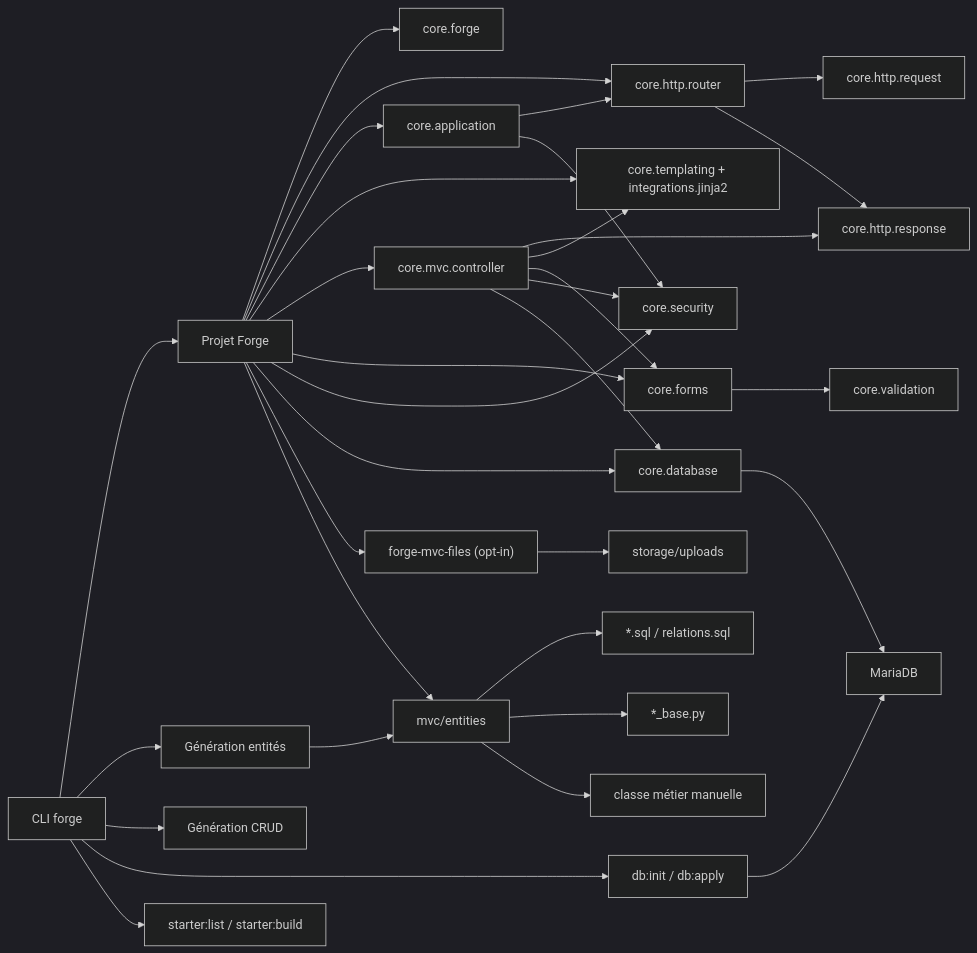
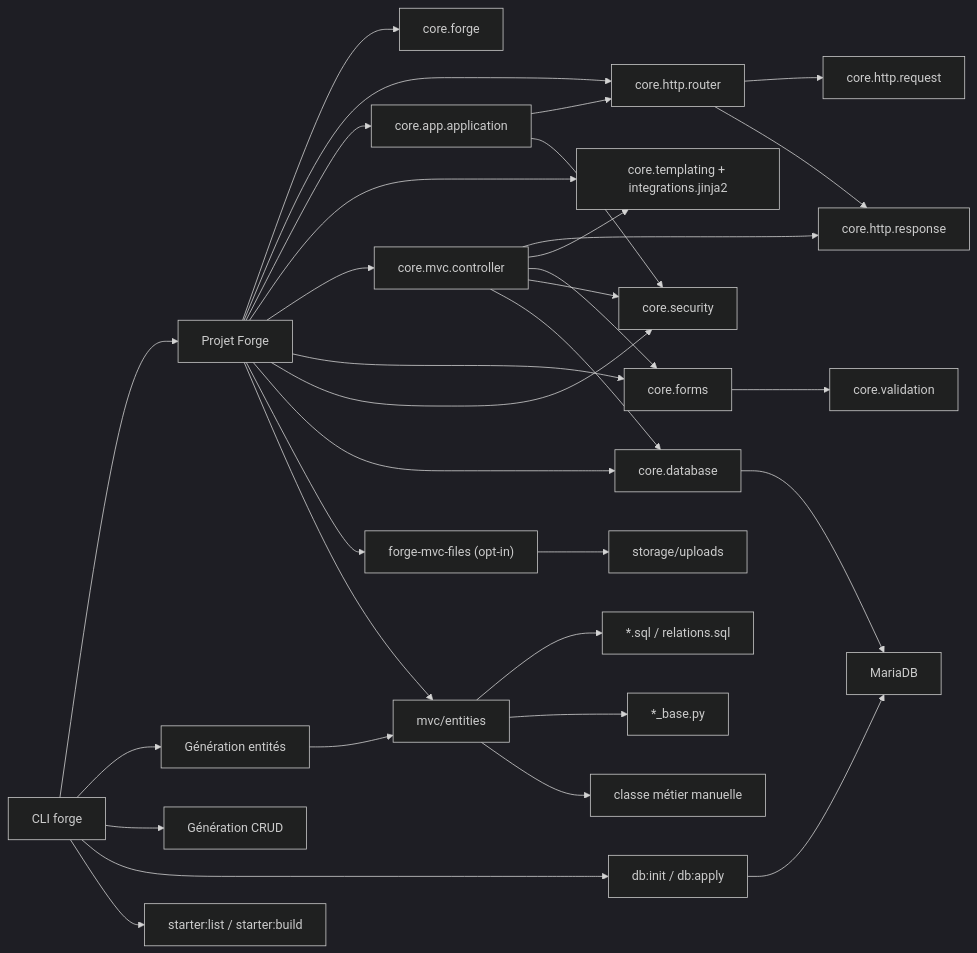
One commit to caucrogeGit/Forge changed the diagram in docs/reference/reference.md. Above: the diagram before and after it, drawn with Mermaid (dark theme). The commit also changed 62 other files, not shown here.

First line of the commit message:
refactor: reorganisation de la racine de core/ en sous-paquets app/ et errors/ (CORE-REORG-001)

````diff
--- a/docs/reference/reference.md
+++ b/docs/reference/reference.md
@@ -19,37 +19,37 @@
 ```mermaid
 flowchart LR
     CLI["CLI forge"] --> Project["Projet Forge"]
     CLI --> EntityGen["Génération entités"]
     CLI --> CrudGen["Génération CRUD"]
     CLI --> DbTools["db:init / db:apply"]
     CLI --> Starters["starter:list / starter:build"]
 
     Project --> CoreConfig["core.forge"]
     Project --> Router["core.http.router"]
-    Project --> App["core.application"]
+    Project --> App["core.app.application"]
     Project --> Templates["core.templating + integrations.jinja2"]
     Project --> Controllers["core.mvc.controller"]
     Project --> Forms["core.forms"]
     Project --> Security["core.security"]
     Project --> Database["core.database"]
     Project --> Uploads["forge-mvc-files (opt-in)"]
     Project --> Entities["mvc/entities"]
 
     App --> Router
     App --> Security
     Router --> Request["core.http.request"]
     Router --> Response["core.http.response"]
     Controllers --> Response
     Controllers --> Templates
     Controllers --> Forms
     Controllers --> Security
     Controllers --> Database
     Forms --> Validation["core.validation"]
     EntityGen --> Entities
     Entities --> GeneratedSql["*.sql / relations.sql"]
     Entities --> GeneratedBase["*_base.py"]
     Entities --> ManualClass["classe métier manuelle"]
     Database --> MariaDB["MariaDB"]
     DbTools --> MariaDB
     Uploads --> Storage["storage/uploads"]
 ```
````
